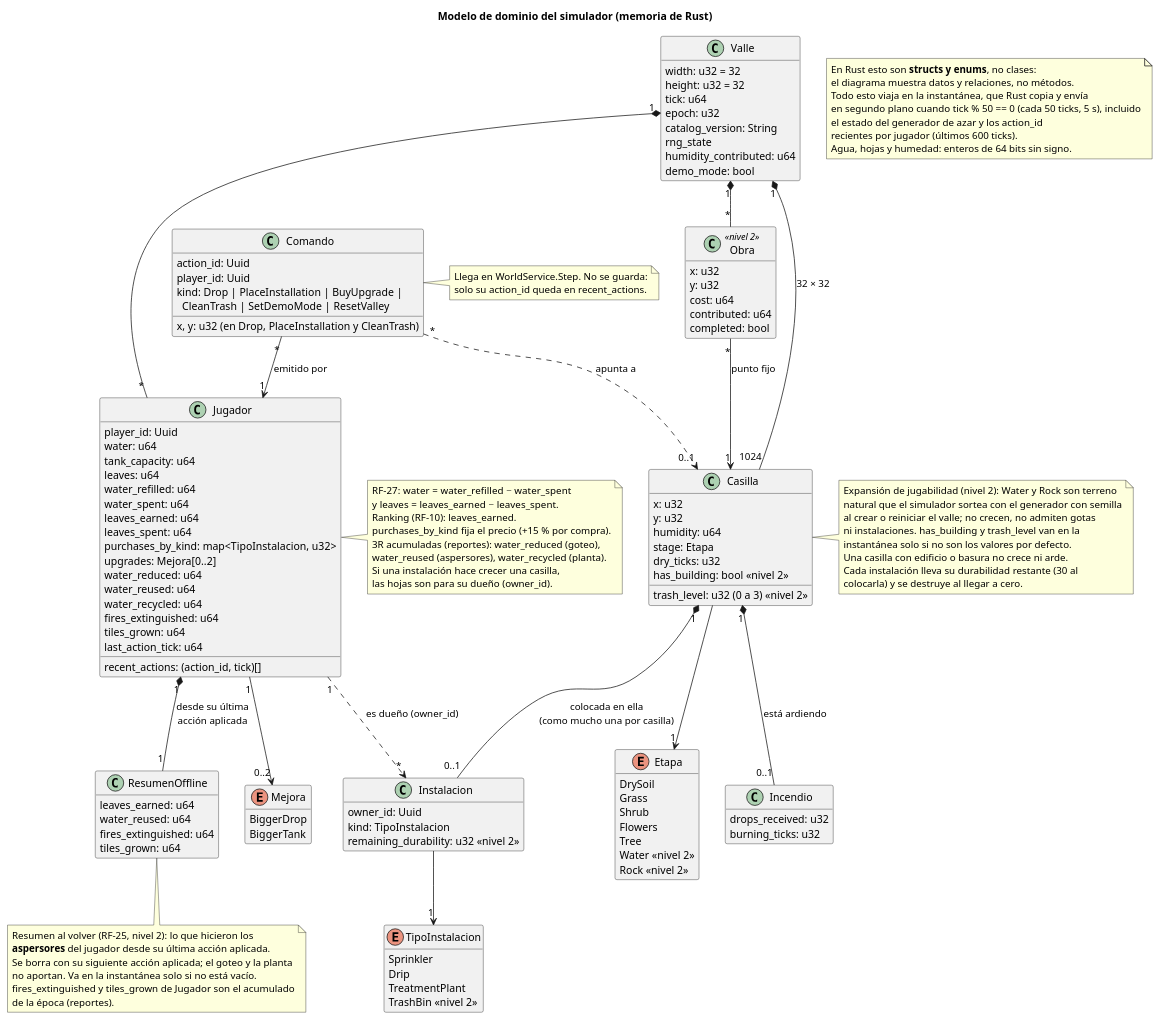
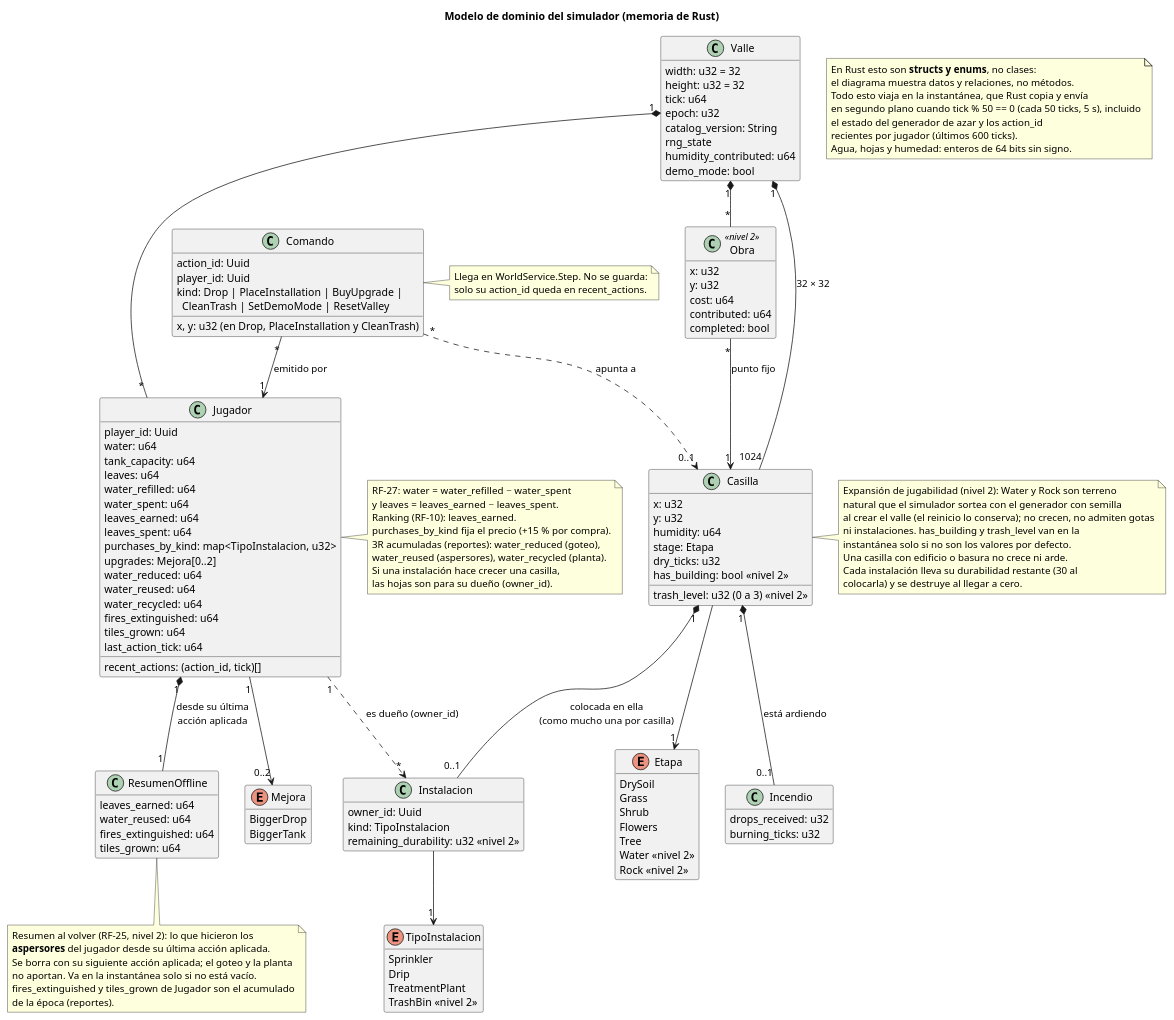
The diagram in docs/diagrams/06-dominio-simulador.puml (iadev2005/hydrovalley), drawn with PlantUML before and after one commit. The commit also changed 7 other files, not shown here.

First line of the commit message:
docs: record the tuned figures and the trash and terrain rules in D-01, the READMEs and diagrams 05 and 06

```diff
--- a/docs/diagrams/06-dominio-simulador.puml
+++ b/docs/diagrams/06-dominio-simulador.puml
@@ -1,161 +1,161 @@
 @startuml 06-dominio-simulador
 title Modelo de dominio del simulador (memoria de Rust)
 hide empty methods
 
 class Valle {
   width: u32 = 32
   height: u32 = 32
   tick: u64
   epoch: u32
   catalog_version: String
   rng_state
   humidity_contributed: u64
   demo_mode: bool
 }
 
 class Casilla {
   x: u32
   y: u32
   humidity: u64
   stage: Etapa
   dry_ticks: u32
   has_building: bool <<nivel 2>>
   trash_level: u32 (0 a 3) <<nivel 2>>
 }
 
 enum Etapa {
   DrySoil
   Grass
   Shrub
   Flowers
   Tree
   Water <<nivel 2>>
   Rock <<nivel 2>>
 }
 
 class Jugador {
   player_id: Uuid
   water: u64
   tank_capacity: u64
   leaves: u64
   water_refilled: u64
   water_spent: u64
   leaves_earned: u64
   leaves_spent: u64
   purchases_by_kind: map<TipoInstalacion, u32>
   upgrades: Mejora[0..2]
   water_reduced: u64
   water_reused: u64
   water_recycled: u64
   fires_extinguished: u64
   tiles_grown: u64
   last_action_tick: u64
   recent_actions: (action_id, tick)[]
 }
 
 class ResumenOffline {
   leaves_earned: u64
   water_reused: u64
   fires_extinguished: u64
   tiles_grown: u64
 }
 
 class Instalacion {
   owner_id: Uuid
   kind: TipoInstalacion
   remaining_durability: u32 <<nivel 2>>
 }
 
 enum TipoInstalacion {
   Sprinkler
   Drip
   TreatmentPlant
   TrashBin <<nivel 2>>
 }
 
 enum Mejora {
   BiggerDrop
   BiggerTank
 }
 
 class Comando {
   action_id: Uuid
   player_id: Uuid
   kind: Drop | PlaceInstallation | BuyUpgrade |\n  CleanTrash | SetDemoMode | ResetValley
   x, y: u32 (en Drop, PlaceInstallation y CleanTrash)
 }
 
 class Incendio {
   drops_received: u32
   burning_ticks: u32
 }
 
 class Obra <<nivel 2>> {
   x: u32
   y: u32
   cost: u64
   contributed: u64
   completed: bool
 }
 
 Valle "1" *-- "1024" Casilla : 32 × 32
 Valle "1" *-- "*" Jugador
 Casilla --> "1" Etapa
 Casilla "1" *-- "0..1" Incendio : está ardiendo
 Jugador "1" ..> "*" Instalacion : es dueño (owner_id)
 Instalacion --> "1" TipoInstalacion
 Casilla "1" *-- "0..1" Instalacion : colocada en ella\n(como mucho una por casilla)
 Jugador "1" *-- "1" ResumenOffline : desde su última\nacción aplicada
 Jugador "1" --> "0..2" Mejora
 Comando "*" --> "1" Jugador : emitido por
 Comando "*" ..> "0..1" Casilla : apunta a
 Valle "1" *-- "*" Obra
 Obra "*" --> "1" Casilla : punto fijo
 
 note as N1
   En Rust esto son <b>structs y enums</b>, no clases:
   el diagrama muestra datos y relaciones, no métodos.
   Todo esto viaja en la instantánea, que Rust copia y envía
   en segundo plano cuando tick % 50 == 0 (cada 50 ticks, 5 s), incluido
   el estado del generador de azar y los action_id
   recientes por jugador (últimos 600 ticks).
   Agua, hojas y humedad: enteros de 64 bits sin signo.
 end note
 
 note right of Jugador
   RF-27: water = water_refilled − water_spent
   y leaves = leaves_earned − leaves_spent.
   Ranking (RF-10): leaves_earned.
   purchases_by_kind fija el precio (+15 % por compra).
   3R acumuladas (reportes): water_reduced (goteo),
   water_reused (aspersores), water_recycled (planta).
   Si una instalación hace crecer una casilla,
   las hojas son para su dueño (owner_id).
 end note
 
 note bottom of ResumenOffline
   Resumen al volver (RF-25, nivel 2): lo que hicieron los
   <b>aspersores</b> del jugador desde su última acción aplicada.
   Se borra con su siguiente acción aplicada; el goteo y la planta
   no aportan. Va en la instantánea solo si no está vacío.
   fires_extinguished y tiles_grown de Jugador son el acumulado
   de la época (reportes).
 end note
 
 note right of Casilla
   Expansión de jugabilidad (nivel 2): Water y Rock son terreno
   natural que el simulador sortea con el generador con semilla
-  al crear o reiniciar el valle; no crecen, no admiten gotas
+  al crear el valle (el reinicio lo conserva); no crecen, no admiten gotas
   ni instalaciones. has_building y trash_level van en la
   instantánea solo si no son los valores por defecto.
   Una casilla con edificio o basura no crece ni arde.
   Cada instalación lleva su durabilidad restante (30 al
   colocarla) y se destruye al llegar a cero.
 end note
 
 note right of Comando
   Llega en WorldService.Step. No se guarda:
   solo su action_id queda en recent_actions.
 end note
 
 @enduml
```
